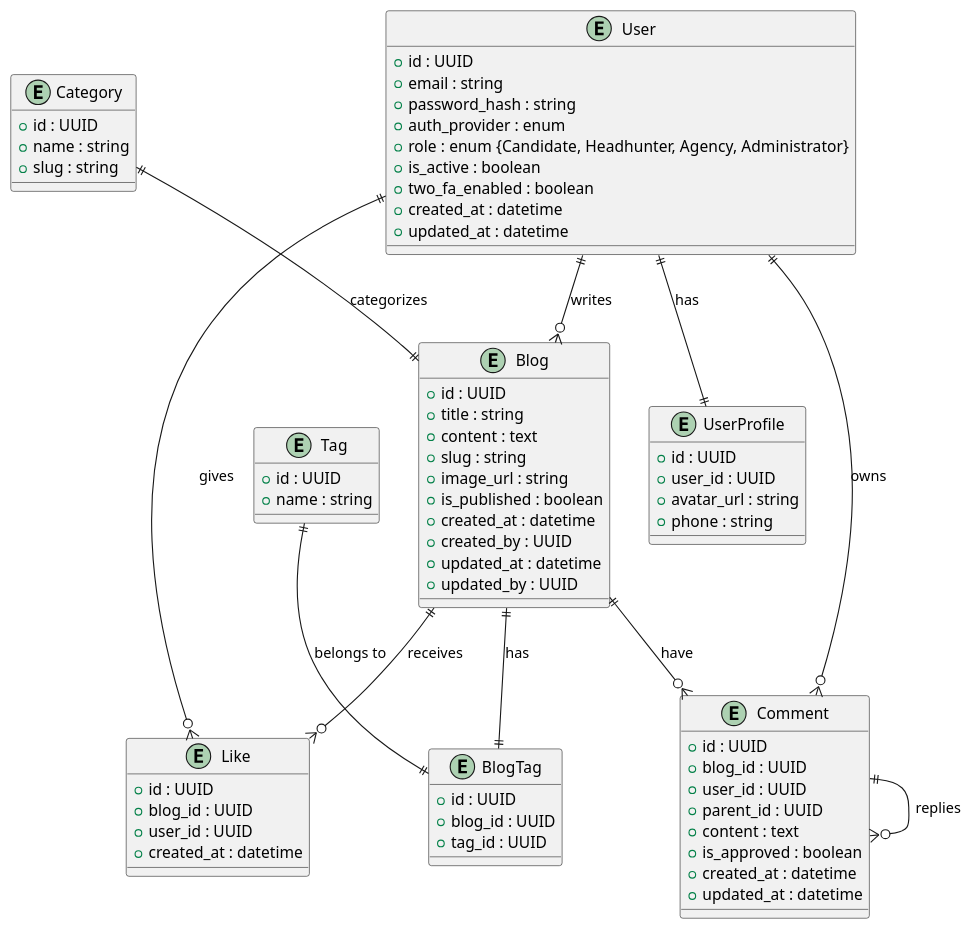
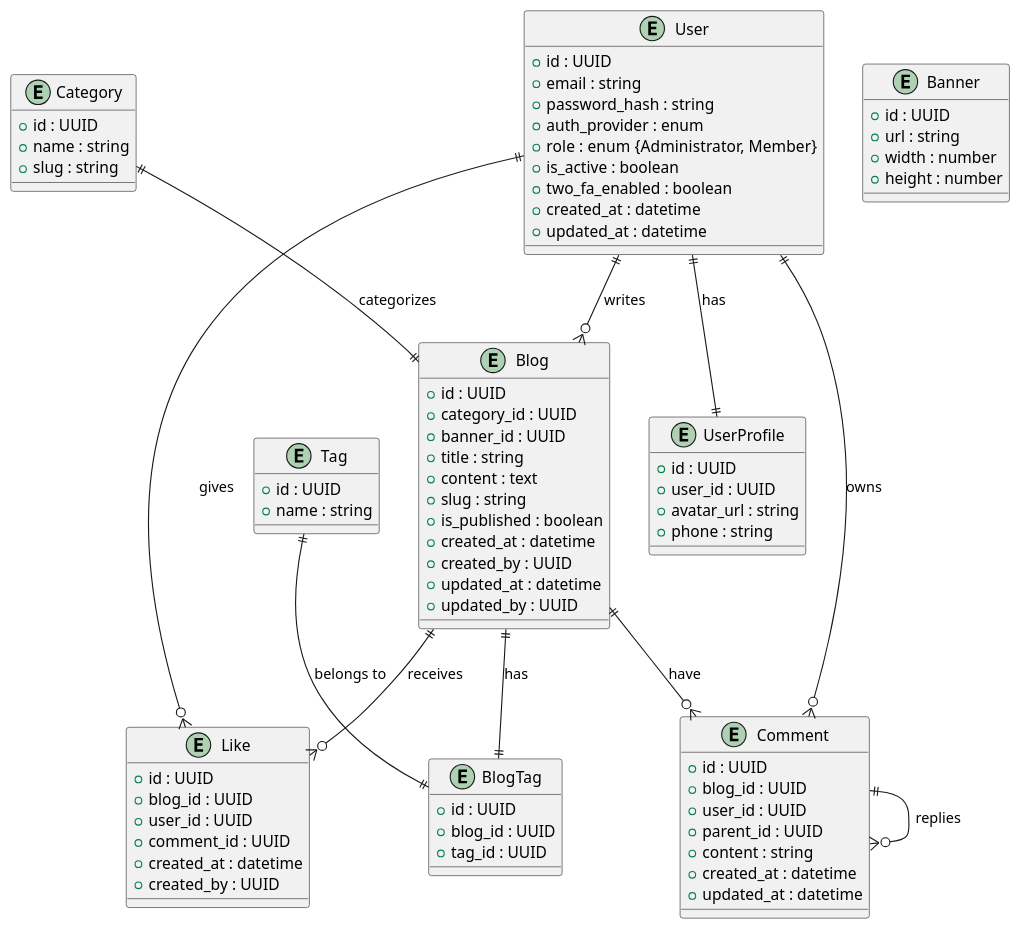
One commit to TranQuocBao18/BlogApp changed the diagram in docs/03. Design/erd/draft.plantuml. Above: the diagram before and after it, drawn with PlantUML. The commit also changed 2 other files, not shown here.

Commit message:
docs: Change the design diagram

```diff
--- a/docs/03. Design/erd/draft.plantuml
+++ b/docs/03. Design/erd/draft.plantuml
@@ -1,87 +1,96 @@
 @startuml
 
 entity User {
   +id : UUID
   +email : string
   +password_hash : string
   +auth_provider : enum
-  +role : enum {Candidate, Headhunter, Agency, Administrator}
+  +role : enum {Administrator, Member}
   +is_active : boolean
   +two_fa_enabled : boolean
   +created_at : datetime
   +updated_at : datetime
 }
 
 entity UserProfile {
   +id : UUID
   +user_id : UUID
   +avatar_url : string
   +phone : string
 }
 
 entity Blog {
   +id : UUID
+  +category_id : UUID
+  +banner_id : UUID
   +title : string
   +content : text
   +slug : string
-  +image_url : string
   +is_published : boolean
   +created_at : datetime
   +created_by : UUID
   +updated_at : datetime
   +updated_by : UUID
 }
 
 entity Category {
   +id : UUID
   +name : string
   +slug : string
 }
 
 entity Tag {
   +id : UUID
   +name : string
 }
 
 entity BlogTag {
   +id : UUID
   +blog_id : UUID
   +tag_id : UUID
 }
 
 entity Comment {
   +id : UUID
   +blog_id : UUID
   +user_id : UUID
   +parent_id : UUID
-  +content : text
-  +is_approved : boolean
+  +content : string
   +created_at : datetime
   +updated_at : datetime
+}
+
+entity Banner {
+  +id : UUID
+  +url : string
+  +width : number
+  +height : number
 }
 
 entity Like {
   +id : UUID
   +blog_id : UUID
   +user_id : UUID
+  +comment_id : UUID
   +created_at : datetime
+  +created_by : UUID
 }
 
 
 ' RELATIONSHIPS
 User ||--|| UserProfile : has
 User ||--o{ Blog : writes
 Blog ||--o{ Comment : have
 
 User ||--o{ Comment : owns
 Comment ||--o{ Comment : replies
 
 Blog ||--|| BlogTag : has
 Tag ||--|| BlogTag : belongs to
 
 Blog ||--o{ Like : receives
 User ||--o{ Like : gives
 
 Category ||--|| Blog : categorizes
 
 @enduml
```
